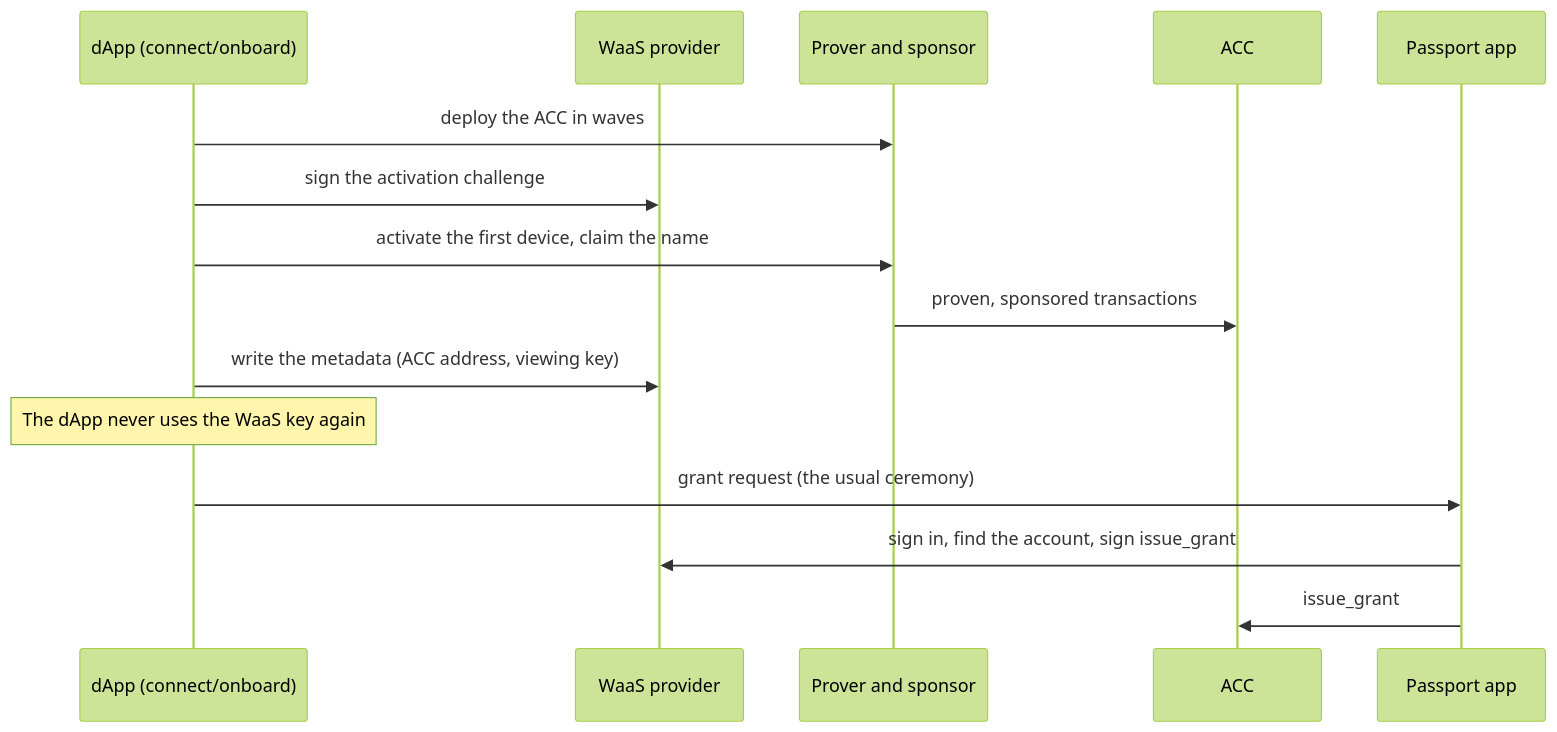
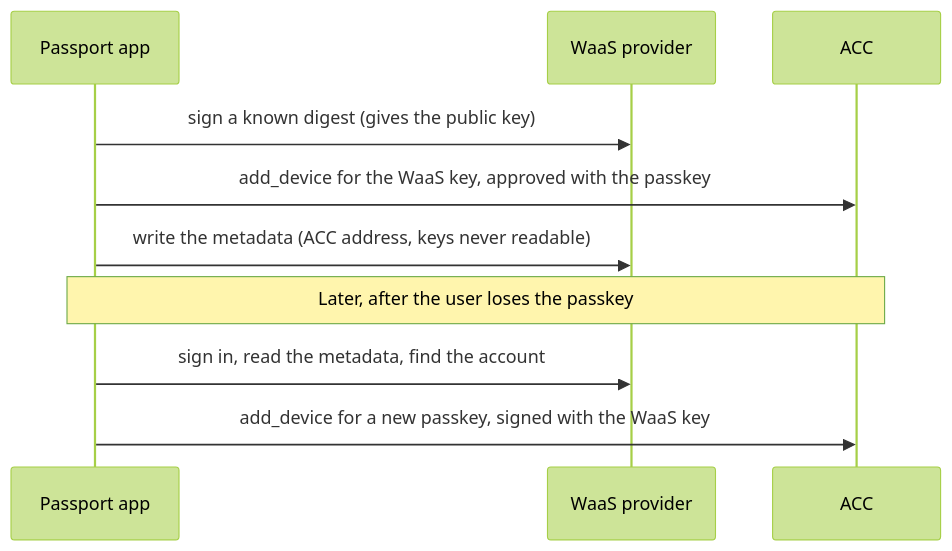
The second of 2 diagrams in docs/provider-integration.md (midnightntwrk/midnight-passport-sdk), drawn with Mermaid (forest theme) before and after one commit. The commit also changed other lines of this file and 1 other file, not shown here.

First line of the commit message:
docs: carry the onboarding and WaaS decisions into the requirements

````diff
--- a/docs/provider-integration.md
+++ b/docs/provider-integration.md
@@ -109,17 +120,12 @@
 ```mermaid
 sequenceDiagram
-  participant D as dApp (connect/onboard)
+  participant P as Passport app
   participant W as WaaS provider
-  participant S as Prover and sponsor
   participant A as ACC
-  participant P as Passport app
-  D->>S: deploy the ACC in waves
-  D->>W: sign the activation challenge
-  D->>S: activate the first device, claim the name
-  S->>A: proven, sponsored transactions
-  D->>W: write the metadata (ACC address, viewing key)
-  Note over D: The dApp never uses the WaaS key again
-  D->>P: grant request (the usual ceremony)
-  P->>W: sign in, find the account, sign issue_grant
-  P->>A: issue_grant
+  P->>W: sign a known digest (gives the public key)
+  P->>A: add_device for the WaaS key, approved with the passkey
+  P->>W: write the metadata (ACC address, keys never readable)
+  Note over P,A: Later, after the user loses the passkey
+  P->>W: sign in, read the metadata, find the account
+  P->>A: add_device for a new passkey, signed with the WaaS key
 ```
````
